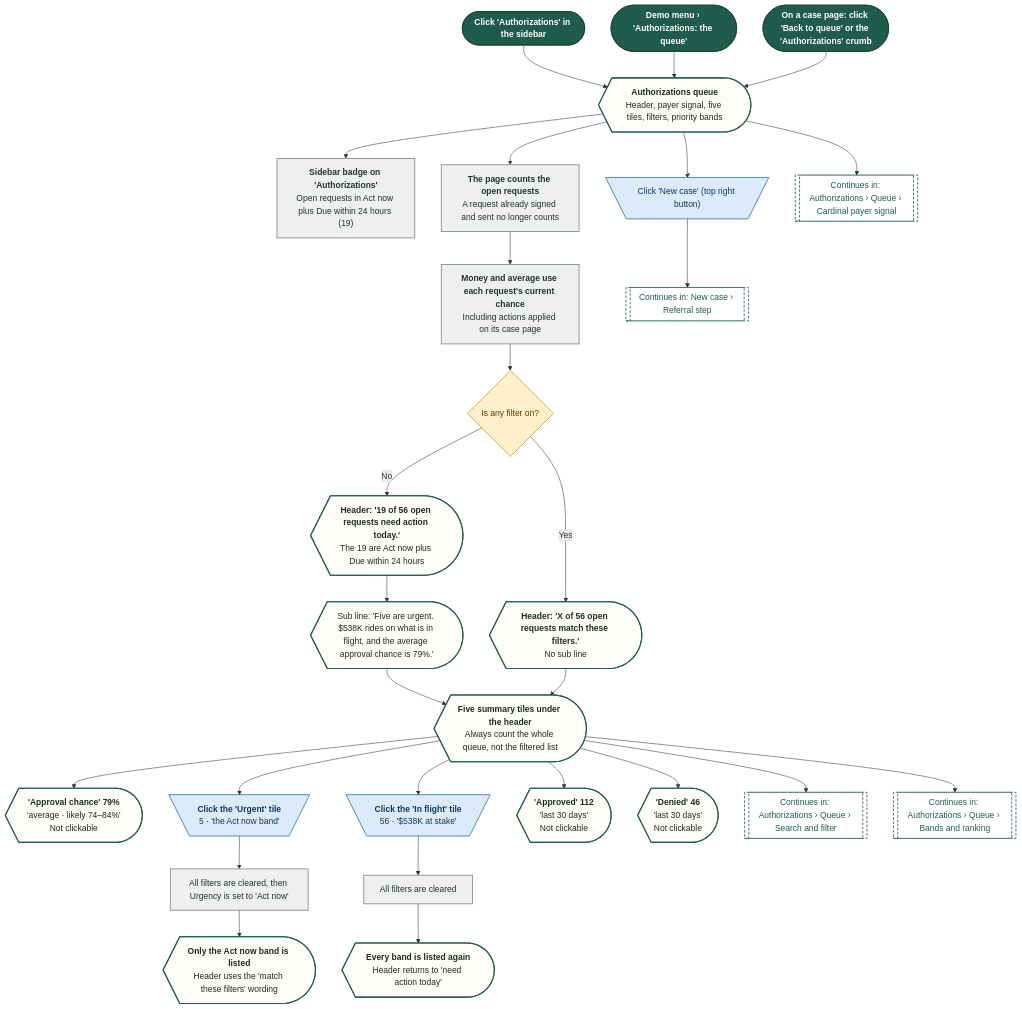
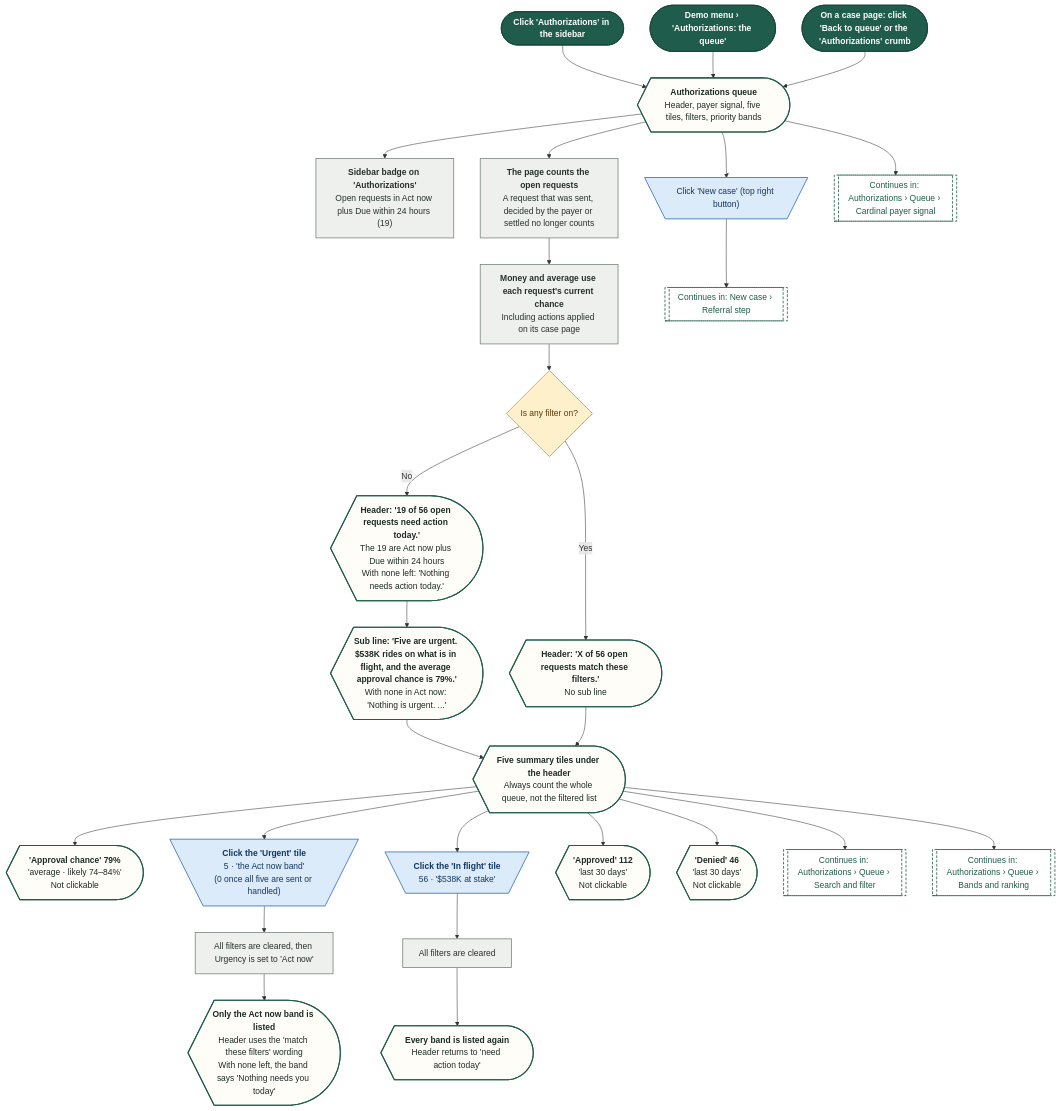
One commit to Shrav143/psyfloapp changed the first of 26 diagrams in demos/prior-auth-demo/workflows/out/md/03-authorizations.md. Above: the diagram before and after it, drawn with Mermaid. The commit also changed other lines of this file and 195 other files, not shown here.

First line of the commit message:
docs: Rebuild workflow diagrams after the demo fixes (220 diagrams)

````diff
--- a/demos/prior-auth-demo/workflows/out/md/03-authorizations.md
+++ b/demos/prior-auth-demo/workflows/out/md/03-authorizations.md
@@ -15,68 +15,68 @@
 ```mermaid
 %%{init: {"theme":"base","themeVariables":{"fontFamily":"'DM Sans', 'Segoe UI', system-ui, sans-serif","fontSize":"15px","lineColor":"#5B6B63","primaryTextColor":"#1C2B25","clusterBkg":"#FBF8F3","clusterBorder":"#D9CDBB","edgeLabelBackground":"#FFFFFF"},"flowchart":{"curve":"basis","nodeSpacing":36,"rankSpacing":48,"padding":12,"htmlLabels":true,"useMaxWidth":false,"wrappingWidth":230}} }%%
 flowchart TD
   classDef k_start fill:#1F5C4B,stroke:#174638,color:#FFFFFF,stroke-width:1.5px,font-weight:600
   classDef k_end fill:#DDEFE3,stroke:#2E7D4F,color:#14502F,stroke-width:1.5px,font-weight:600
   classDef k_endx fill:#FBE3E0,stroke:#C0392B,color:#7A1F16,stroke-width:1.5px,font-weight:600
   classDef k_screen fill:#FFFDF8,stroke:#1F5C4B,color:#1C2B25,stroke-width:2px
   classDef k_overlay fill:#F1F7F3,stroke:#1F5C4B,color:#1C2B25,stroke-width:2px,stroke-dasharray:5 3
   classDef k_click fill:#DCEBFA,stroke:#2F6DB5,color:#12365F,stroke-width:1.5px
   classDef k_input fill:#E4E7FF,stroke:#4C5FD5,color:#1D2670,stroke-width:1.5px
   classDef k_process fill:#EEF0EE,stroke:#7A857F,color:#26302B,stroke-width:1.5px
   classDef k_agent fill:#EEE5FA,stroke:#7A4FC2,color:#341A63,stroke-width:1.5px
   classDef k_decision fill:#FFF0CC,stroke:#D9962B,color:#5C3B00,stroke-width:1.5px
   classDef k_store fill:#D5F0EA,stroke:#1C8E7B,color:#0B4A3F,stroke-width:1.5px
   classDef k_doc fill:#F6E9DC,stroke:#B07A4C,color:#4A2E14,stroke-width:1.5px
   classDef k_ext fill:#FFE6D2,stroke:#E07B39,color:#6B2F06,stroke-width:1.5px
   classDef k_wait fill:#E4E8EE,stroke:#6B7C93,color:#26303D,stroke-width:1.5px
   classDef k_toast fill:#FFF9DB,stroke:#C9A400,color:#5A4A00,stroke-width:1.5px
   classDef k_goto fill:#FFFFFF,stroke:#1F5C4B,color:#1F5C4B,stroke-width:1.5px,stroke-dasharray:5 3
   s1@{ shape: stadium, label: "Click 'Authorizations' in the sidebar" }
   s2@{ shape: stadium, label: "Demo menu › 'Authorizations: the queue'" }
   s3@{ shape: stadium, label: "On a case page: click 'Back to queue' or the 'Authorizations' crumb" }
   q1@{ shape: curv-trap, label: "<b>Authorizations queue</b><br/>Header, payer signal, five tiles, filters, priority bands" }
   sb@{ shape: rect, label: "<b>Sidebar badge on 'Authorizations'</b><br/>Open requests in Act now plus Due within 24 hours (19)" }
-  p1@{ shape: rect, label: "<b>The page counts the open requests</b><br/>A request already signed and sent no longer counts" }
+  p1@{ shape: rect, label: "<b>The page counts the open requests</b><br/>A request that was sent, decided by the payer or settled no longer counts" }
   p2@{ shape: rect, label: "<b>Money and average use each request's current chance</b><br/>Including actions applied on its case page" }
   d1@{ shape: diam, label: "Is any filter on?" }
-  h1@{ shape: curv-trap, label: "<b>Header: '19 of 56 open requests need action today.'</b><br/>The 19 are Act now plus Due within 24 hours" }
-  h2@{ shape: curv-trap, label: "Sub line: 'Five are urgent. $538K rides on what is in flight, and the average approval chance is 79%.'" }
+  h1@{ shape: curv-trap, label: "<b>Header: '19 of 56 open requests need action today.'</b><br/>The 19 are Act now plus Due within 24 hours<br/>With none left: 'Nothing needs action today.'" }
+  h2@{ shape: curv-trap, label: "<b>Sub line: 'Five are urgent. $538K rides on what is in flight, and the average approval chance is 79%.'</b><br/>With none in Act now: 'Nothing is urgent. ...'" }
   h3@{ shape: curv-trap, label: "<b>Header: 'X of 56 open requests match these filters.'</b><br/>No sub line" }
   nb@{ shape: trap-t, label: "Click 'New case' (top right button)" }
   g1@{ shape: subproc, label: "Continues in: New case › Referral step" }
   g2@{ shape: subproc, label: "Continues in: Authorizations › Queue › Cardinal payer signal" }
   tl@{ shape: curv-trap, label: "<b>Five summary tiles under the header</b><br/>Always count the whole queue, not the filtered list" }
   t1@{ shape: curv-trap, label: "<b>'Approval chance' 79%</b><br/>'average · likely 74–84%'<br/>Not clickable" }
-  t2@{ shape: trap-t, label: "<b>Click the 'Urgent' tile</b><br/>5 · 'the Act now band'" }
+  t2@{ shape: trap-t, label: "<b>Click the 'Urgent' tile</b><br/>5 · 'the Act now band'<br/>(0 once all five are sent or handled)" }
   t3@{ shape: trap-t, label: "<b>Click the 'In flight' tile</b><br/>56 · '$538K at stake'" }
   t4@{ shape: curv-trap, label: "<b>'Approved' 112</b><br/>'last 30 days'<br/>Not clickable" }
   t5@{ shape: curv-trap, label: "<b>'Denied' 46</b><br/>'last 30 days'<br/>Not clickable" }
   u1@{ shape: rect, label: "All filters are cleared, then Urgency is set to 'Act now'" }
-  u2@{ shape: curv-trap, label: "<b>Only the Act now band is listed</b><br/>Header uses the 'match these filters' wording" }
+  u2@{ shape: curv-trap, label: "<b>Only the Act now band is listed</b><br/>Header uses the 'match these filters' wording<br/>With none left, the band says 'Nothing needs you today'" }
   a1@{ shape: rect, label: "All filters are cleared" }
   a2@{ shape: curv-trap, label: "<b>Every band is listed again</b><br/>Header returns to 'need action today'" }
   g3@{ shape: subproc, label: "Continues in: Authorizations › Queue › Search and filter" }
   g4@{ shape: subproc, label: "Continues in: Authorizations › Queue › Bands and ranking" }
   s1 --> q1
   s2 --> q1
   s3 --> q1
   q1 --> sb
   q1 --> nb --> g1
   q1 --> p1 --> p2 --> d1
   d1 -->|"No"| h1 --> h2
   d1 -->|"Yes"| h3
   h2 --> tl
   h3 --> tl
   tl --> t1 & t2 & t3 & t4 & t5
   t2 --> u1 --> u2
   t3 --> a1 --> a2
   q1 --> g2
   tl --> g3
   tl --> g4
   class s1,s2,s3 k_start
   class q1,h1,h2,h3,tl,t1,t4,t5,u2,a2 k_screen
   class sb,p1,p2,u1,a1 k_process
   class d1 k_decision
   class nb,t2,t3 k_click
   class g1,g2,g3,g4 k_goto
 ```
````
